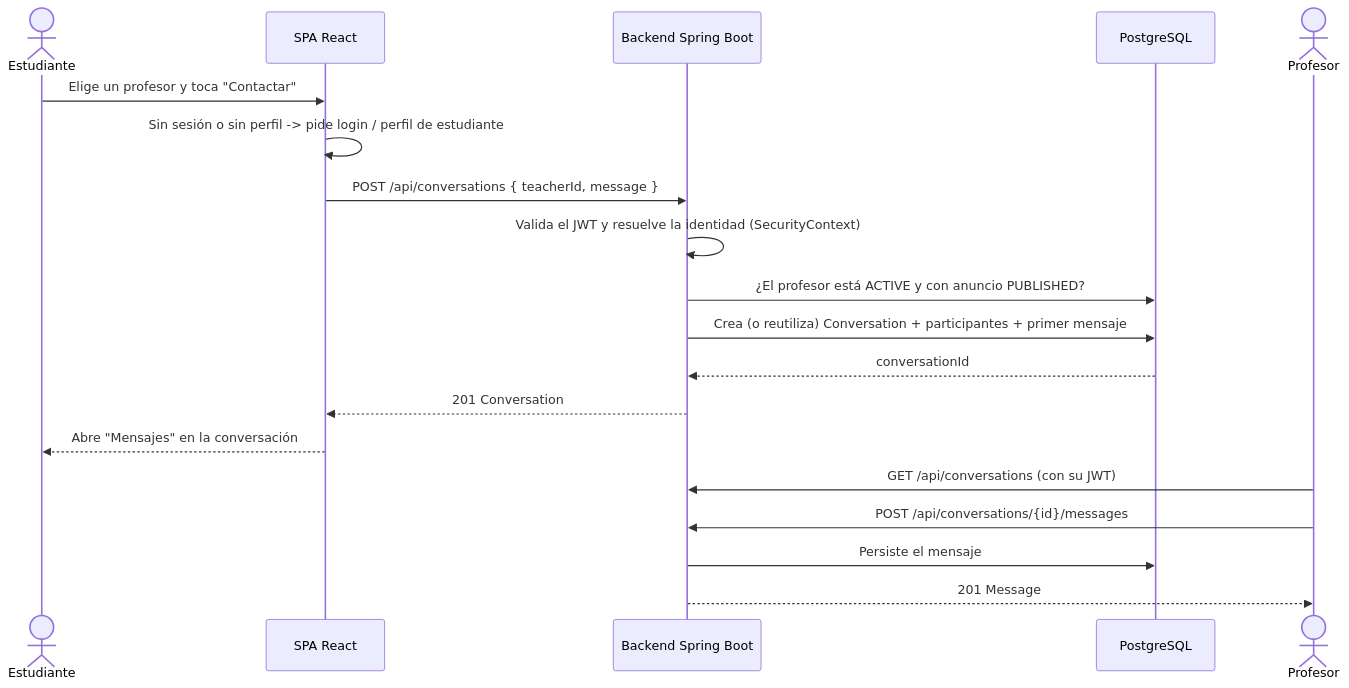
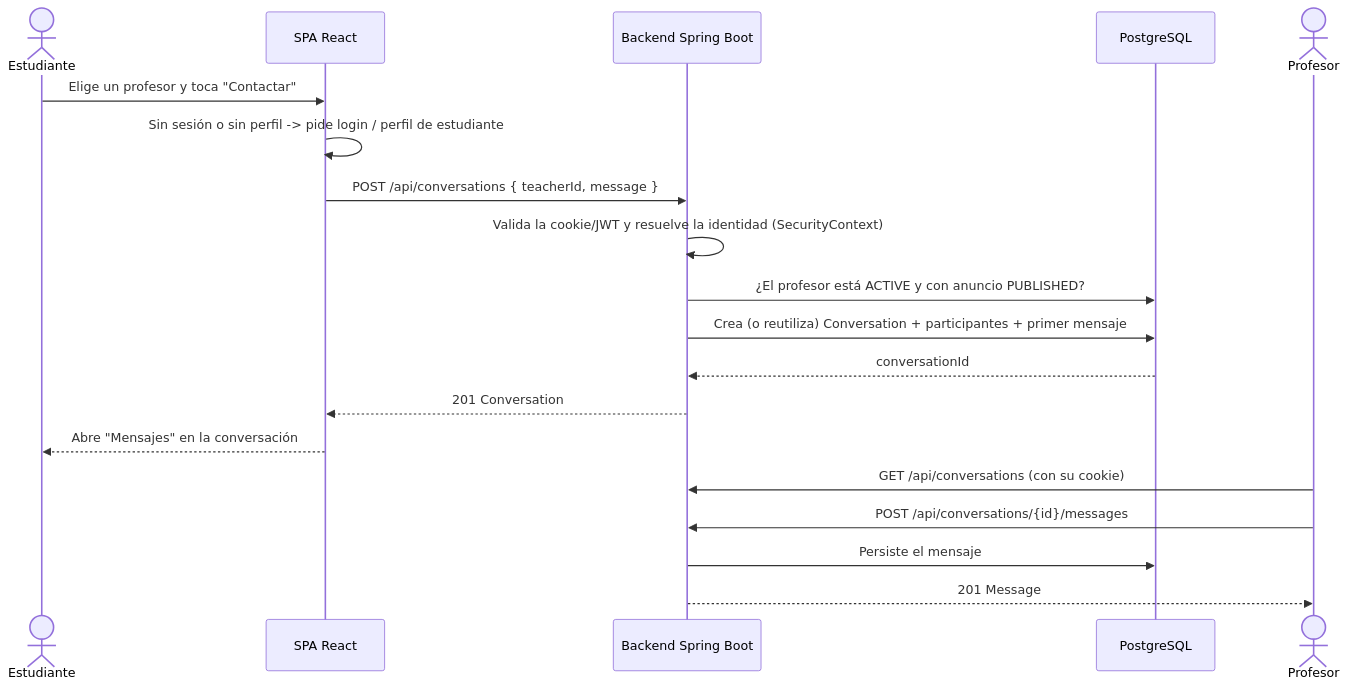
One commit to AgustinMohr/clase-ya changed the second of 2 diagrams in README.md. Above: the diagram before and after it, drawn with Mermaid. The commit also changed other lines of this file and 4 other files, not shown here.

First line of the commit message:
docs: update architecture, security and remediation tracking

````diff
--- a/README.md
+++ b/README.md
@@ -254,22 +260,22 @@
 ```mermaid
 sequenceDiagram
   actor Estudiante
   participant SPA as SPA React
   participant API as Backend Spring Boot
   participant DB as PostgreSQL
   actor Profesor
 
   Estudiante->>SPA: Elige un profesor y toca "Contactar"
   SPA->>SPA: Sin sesión o sin perfil -> pide login / perfil de estudiante
   SPA->>API: POST /api/conversations { teacherId, message }
-  API->>API: Valida el JWT y resuelve la identidad (SecurityContext)
+  API->>API: Valida la cookie/JWT y resuelve la identidad (SecurityContext)
   API->>DB: ¿El profesor está ACTIVE y con anuncio PUBLISHED?
   API->>DB: Crea (o reutiliza) Conversation + participantes + primer mensaje
   DB-->>API: conversationId
   API-->>SPA: 201 Conversation
   SPA-->>Estudiante: Abre "Mensajes" en la conversación
-  Profesor->>API: GET /api/conversations (con su JWT)
+  Profesor->>API: GET /api/conversations (con su cookie)
   Profesor->>API: POST /api/conversations/{id}/messages
   API->>DB: Persiste el mensaje
   API-->>Profesor: 201 Message
 ```
````
